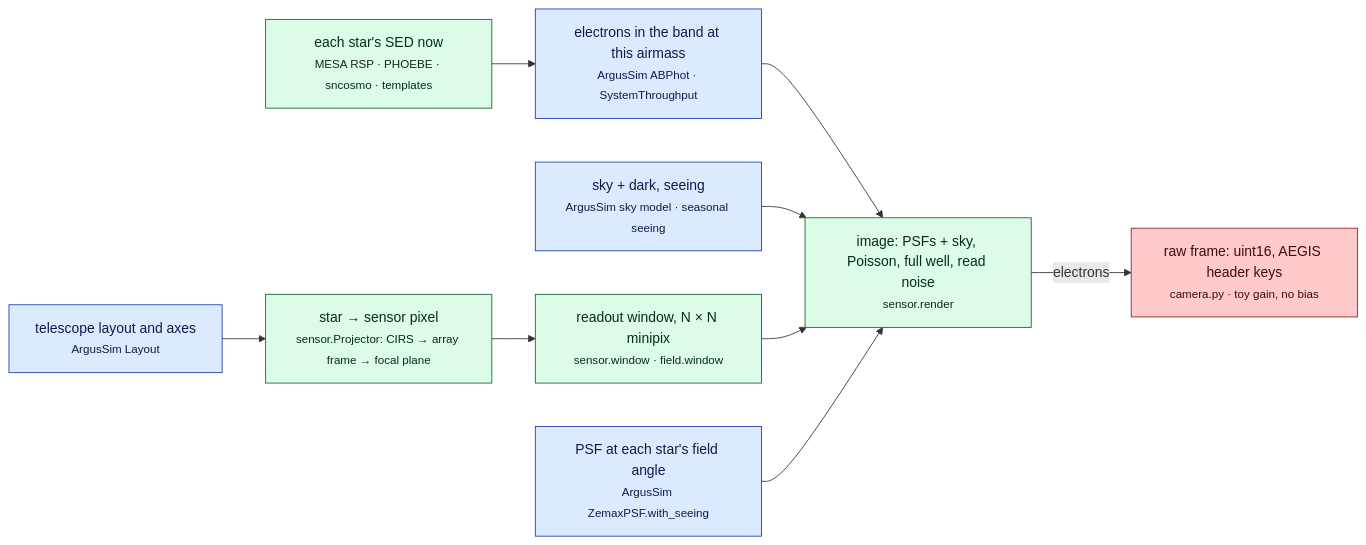
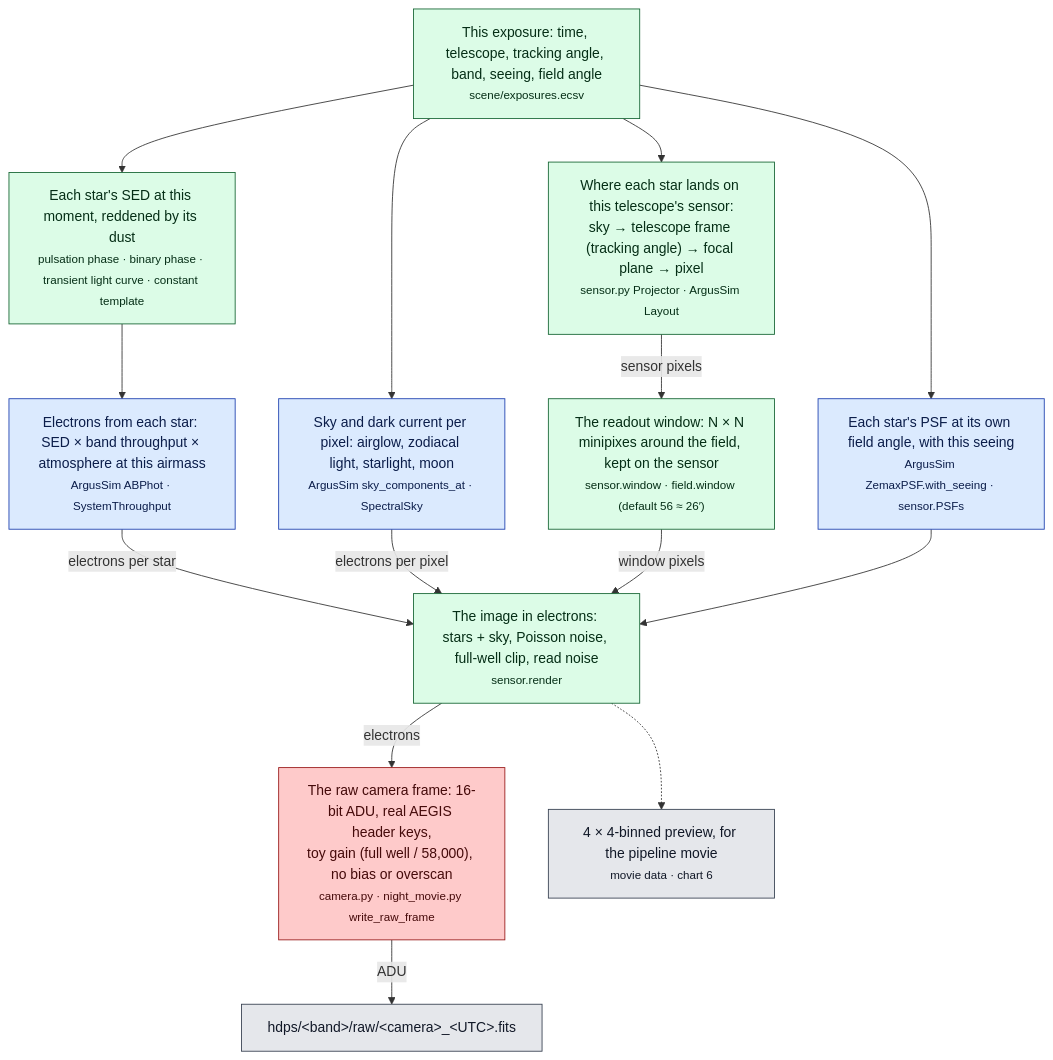
Before and after one commit to nialljmiller/MESA_Argus: the third of 7 diagrams in docs/PIPELINE.md, drawn with Mermaid. The commit also changed other lines of this file and 1 other file, not shown here.

````diff
--- a/docs/PIPELINE.md
+++ b/docs/PIPELINE.md
@@ -60,22 +114,29 @@
 ```mermaid
-flowchart LR
+flowchart TD
   classDef argus fill:#dbeafe,stroke:#1e40af,color:#0b1d4a
   classDef ours fill:#dcfce7,stroke:#166534,color:#052e16
   classDef toy fill:#fecaca,stroke:#991b1b,color:#450a0a
+  classDef out fill:#e5e7eb,stroke:#374151,color:#111827
 
-  SED["each star's SED now<br/><small>MESA RSP · PHOEBE · sncosmo · templates</small>"]:::ours
-  PHOT["electrons in the band at this airmass<br/><small>ArgusSim ABPhot · SystemThroughput</small>"]:::argus
-  SKY["sky + dark, seeing<br/><small>ArgusSim sky model · seasonal seeing</small>"]:::argus
-  GEOM["star → sensor pixel<br/><small>sensor.Projector: CIRS → array frame → focal plane</small>"]:::ours
-  LAYOUT["telescope layout and axes<br/><small>ArgusSim Layout</small>"]:::argus
-  WIN["readout window, N × N minipix<br/><small>sensor.window · field.window</small>"]:::ours
-  PSF["PSF at each star's field angle<br/><small>ArgusSim ZemaxPSF.with_seeing</small>"]:::argus
-  RENDER["image: PSFs + sky, Poisson, full well, read noise<br/><small>sensor.render</small>"]:::ours
-  CAM["raw frame: uint16, AEGIS header keys<br/><small>camera.py · toy gain, no bias</small>"]:::toy
+  ROW["This exposure: time, telescope, tracking angle, band, seeing, field angle<br/><small>scene/exposures.ecsv</small>"]:::ours
 
-  SED --> PHOT --> RENDER
-  SKY --> RENDER
-  LAYOUT --> GEOM --> WIN --> RENDER
-  PSF --> RENDER
-  RENDER -->|"electrons"| CAM
+  SED["Each star's SED at this moment, reddened by its dust<br/><small>pulsation phase · binary phase · transient light curve · constant template</small>"]:::ours
+  PHOT["Electrons from each star: SED × band throughput × atmosphere at this airmass<br/><small>ArgusSim ABPhot · SystemThroughput</small>"]:::argus
+  SKY["Sky and dark current per pixel: airglow, zodiacal light, starlight, moon<br/><small>ArgusSim sky_components_at · SpectralSky</small>"]:::argus
+
+  GEOM["Where each star lands on this telescope's sensor:<br/>sky → telescope frame (tracking angle) → focal plane → pixel<br/><small>sensor.py Projector · ArgusSim Layout</small>"]:::ours
+  WIN["The readout window: N × N minipixes around the field, kept on the sensor<br/><small>sensor.window · field.window (default 56 ≈ 26′)</small>"]:::ours
+  PSF["Each star's PSF at its own field angle, with this seeing<br/><small>ArgusSim ZemaxPSF.with_seeing · sensor.PSFs</small>"]:::argus
+
+  RENDER["The image in electrons: stars + sky, Poisson noise, full-well clip, read noise<br/><small>sensor.render</small>"]:::ours
+  CAM["The raw camera frame: 16-bit ADU, real AEGIS header keys,<br/>toy gain (full well / 58,000), no bias or overscan<br/><small>camera.py · night_movie.py write_raw_frame</small>"]:::toy
+  RAW["hdps/&lt;band&gt;/raw/&lt;camera&gt;_&lt;UTC&gt;.fits"]:::out
+  PREV["4 × 4-binned preview, for the pipeline movie<br/><small>movie data · chart 6</small>"]:::out
+
+  ROW --> SED --> PHOT -->|"electrons per star"| RENDER
+  ROW --> SKY -->|"electrons per pixel"| RENDER
+  ROW --> GEOM -->|"sensor pixels"| WIN -->|"window pixels"| RENDER
+  ROW --> PSF --> RENDER
+  RENDER -->|"electrons"| CAM -->|"ADU"| RAW
+  RENDER -.-> PREV
 ```
````
